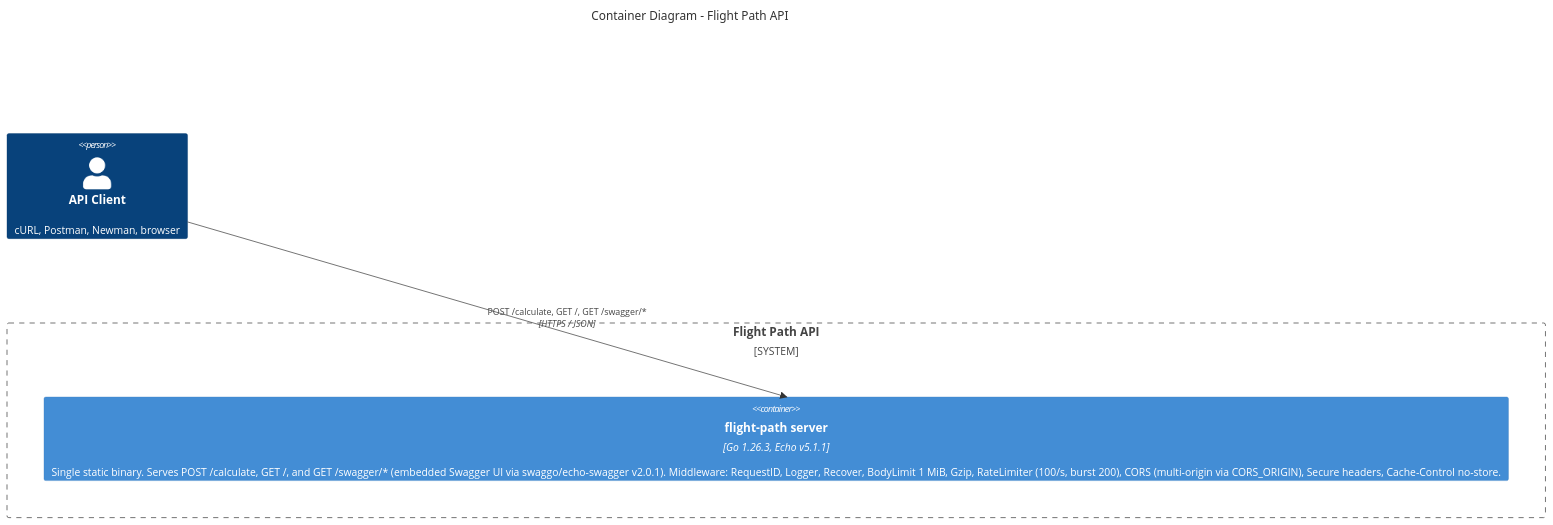
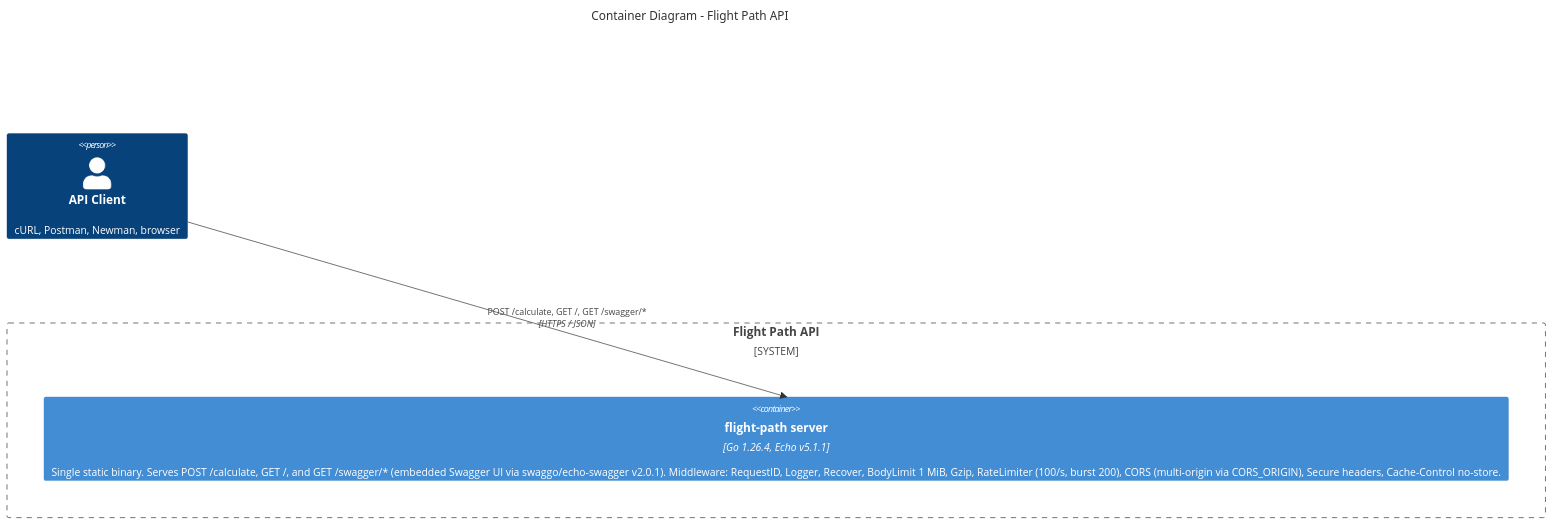
One commit to AndriyKalashnykov/flight-path changed the first of 5 diagrams in docs/ARCHITECTURE.md. Above: the diagram before and after it, drawn with Mermaid. The commit also changed 5 other files, not shown here.

````diff
--- a/docs/ARCHITECTURE.md
+++ b/docs/ARCHITECTURE.md
@@ -13,14 +13,14 @@
 ```mermaid
 C4Container
     title Container Diagram - Flight Path API
 
     Person(client, "API Client", "cURL, Postman, Newman, browser")
 
     System_Boundary(api, "Flight Path API") {
-        Container(server, "flight-path server", "Go 1.26.3, Echo v5.1.1", "Single static binary. Serves POST /calculate, GET /, and GET /swagger/* (embedded Swagger UI via swaggo/echo-swagger v2.0.1). Middleware: RequestID, Logger, Recover, BodyLimit 1 MiB, Gzip, RateLimiter (100/s, burst 200), CORS (multi-origin via CORS_ORIGIN), Secure headers, Cache-Control no-store.")
+        Container(server, "flight-path server", "Go 1.26.4, Echo v5.1.1", "Single static binary. Serves POST /calculate, GET /, and GET /swagger/* (embedded Swagger UI via swaggo/echo-swagger v2.0.1). Middleware: RequestID, Logger, Recover, BodyLimit 1 MiB, Gzip, RateLimiter (100/s, burst 200), CORS (multi-origin via CORS_ORIGIN), Secure headers, Cache-Control no-store.")
     }
 
     Rel(client, server, "POST /calculate, GET /, GET /swagger/*", "HTTPS / JSON")
 
     UpdateLayoutConfig($showLegend="true")
 ```
````
